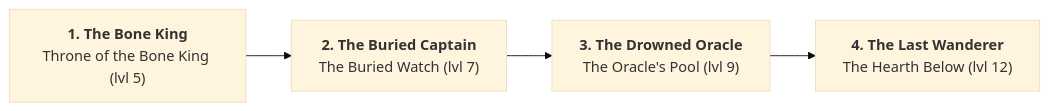
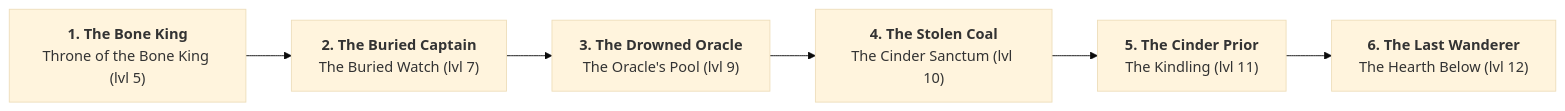
One commit to antonmedv/termablo changed the diagram in docs/quests.md. Above: the diagram before and after it, drawn with Mermaid (base theme). The commit also changed other lines of this file and 40 other files, not shown here.

````diff
--- a/docs/quests.md
+++ b/docs/quests.md
@@ -5,10 +5,14 @@
 ```mermaid
 flowchart LR
     boneking["<b>1. The Bone King</b><br/>Throne of the Bone King (lvl 5)"]
     barrow["<b>2. The Buried Captain</b><br/>The Buried Watch (lvl 7)"]
     boneking --> barrow
     oracle["<b>3. The Drowned Oracle</b><br/>The Oracle's Pool (lvl 9)"]
     barrow --> oracle
-    wanderer["<b>4. The Last Wanderer</b><br/>The Hearth Below (lvl 12)"]
-    oracle --> wanderer
+    coal["<b>4. The Stolen Coal</b><br/>The Cinder Sanctum (lvl 10)"]
+    oracle --> coal
+    prior["<b>5. The Cinder Prior</b><br/>The Kindling (lvl 11)"]
+    coal --> prior
+    wanderer["<b>6. The Last Wanderer</b><br/>The Hearth Below (lvl 12)"]
+    prior --> wanderer
 ```
````
